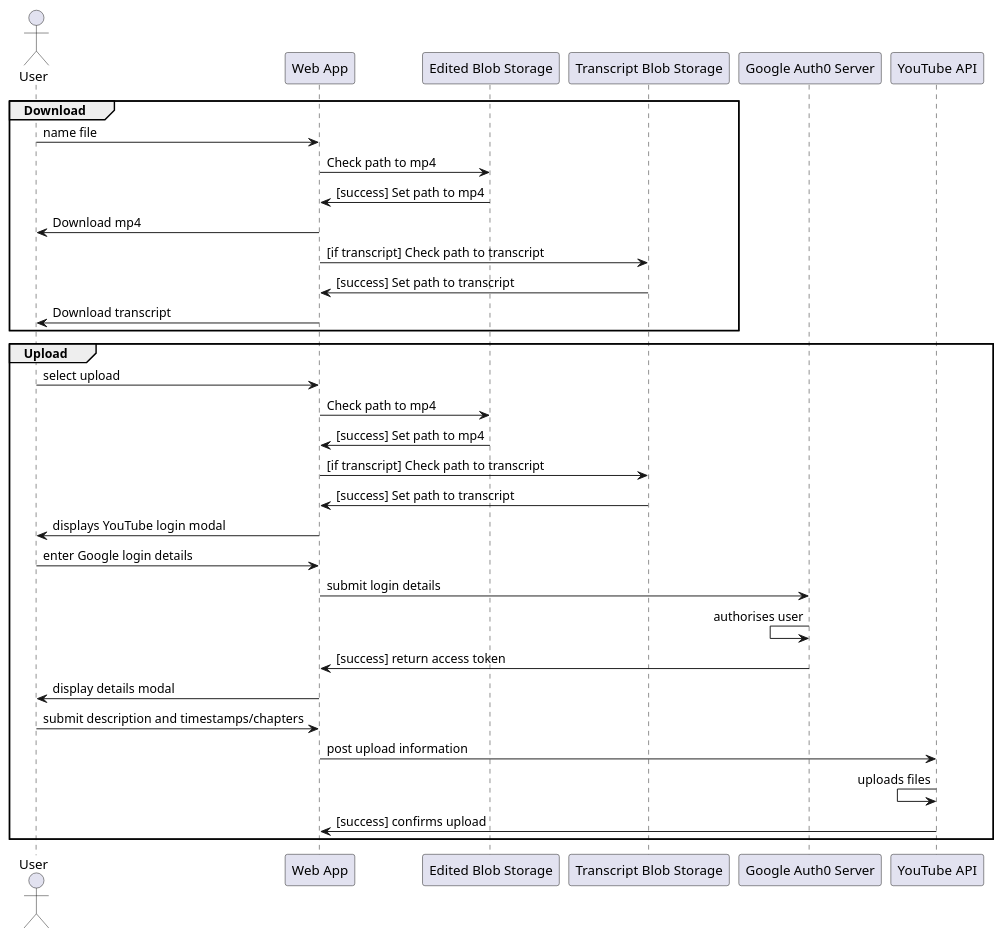
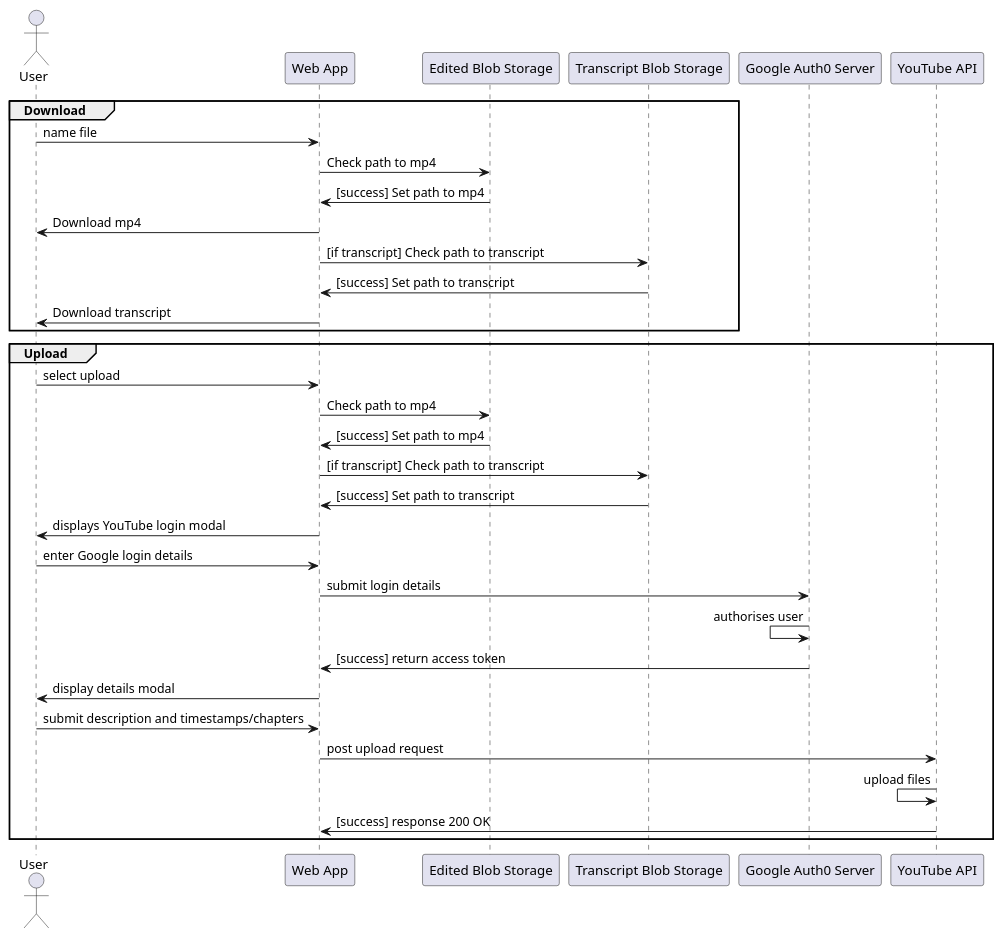
Before and after one commit to jennifer-platt/ECM2429-UML: the diagram in examples/download.puml, drawn with PlantUML. The commit also changed 2 other files, not shown here.

```diff
--- a/examples/download.puml
+++ b/examples/download.puml
@@ -1,33 +1,33 @@
 @startuml system-flow_enter-test-result-code
 
 Actor User
 
 group Download
 User -> "Web App": name file
 "Web App" -> "Edited Blob Storage": Check path to mp4
 "Web App" <- "Edited Blob Storage": [success] Set path to mp4
 User <- "Web App": Download mp4
 "Web App" -> "Transcript Blob Storage": [if transcript] Check path to transcript
 "Web App" <- "Transcript Blob Storage": [success] Set path to transcript
 User <- "Web App": Download transcript
 end
 
 group Upload
 User -> "Web App": select upload
 "Web App" -> "Edited Blob Storage": Check path to mp4
 "Web App" <- "Edited Blob Storage": [success] Set path to mp4
 "Web App" -> "Transcript Blob Storage": [if transcript] Check path to transcript
 "Web App" <- "Transcript Blob Storage": [success] Set path to transcript
 User <- "Web App": displays YouTube login modal
 User -> "Web App": enter Google login details
 "Web App" -> "Google Auth0 Server": submit login details
 "Google Auth0 Server" <- "Google Auth0 Server": authorises user
 "Web App" <- "Google Auth0 Server": [success] return access token
 User <- "Web App": display details modal
 User -> "Web App": submit description and timestamps/chapters
-"Web App" -> "YouTube API": post upload information
-"YouTube API" <- "YouTube API": uploads files
-"Web App" <- "YouTube API": [success] confirms upload
+"Web App" -> "YouTube API": post upload request
+"YouTube API" <- "YouTube API": upload files
+"Web App" <- "YouTube API": [success] response 200 OK
 end
 
 @enduml
```
